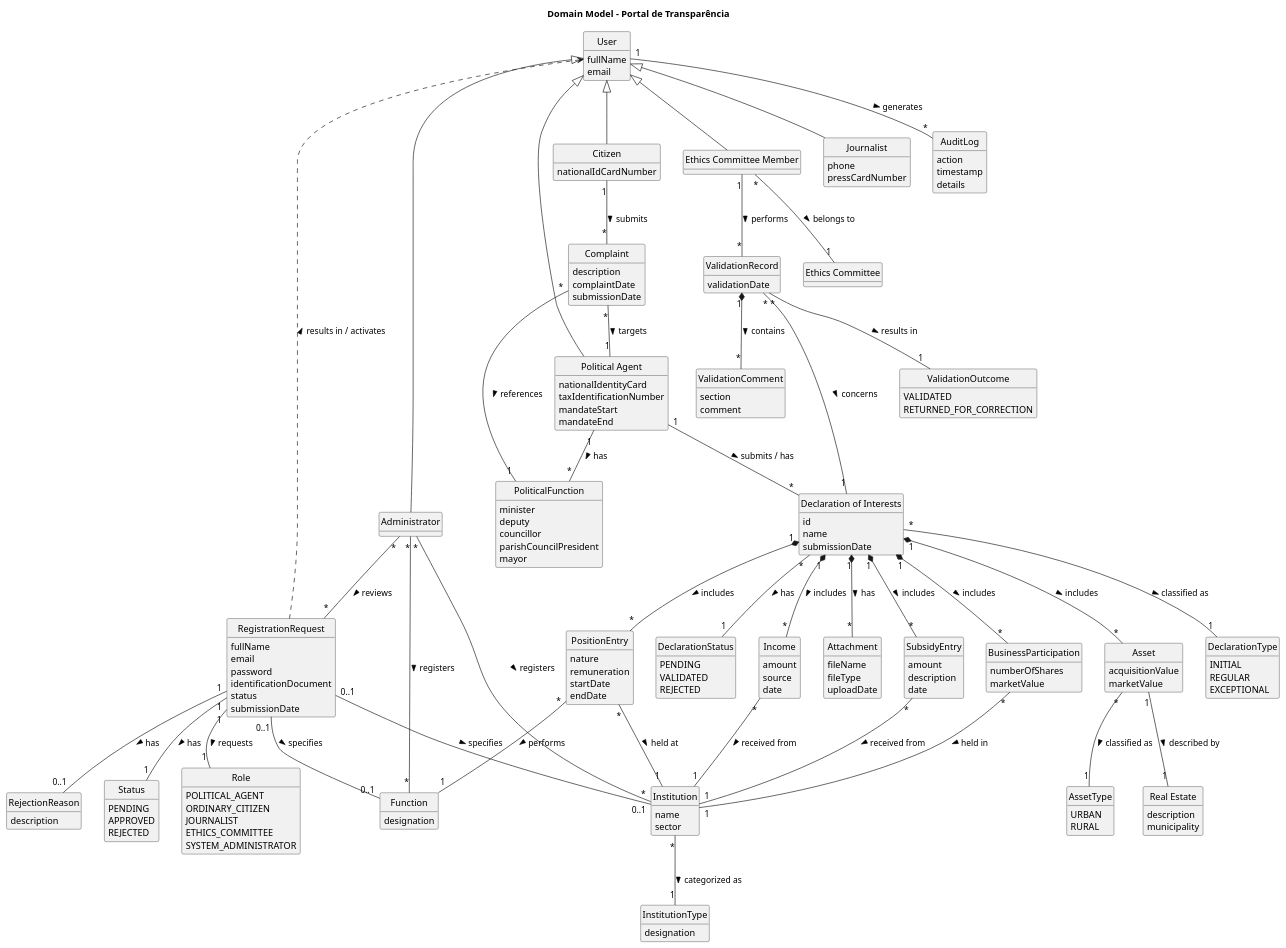
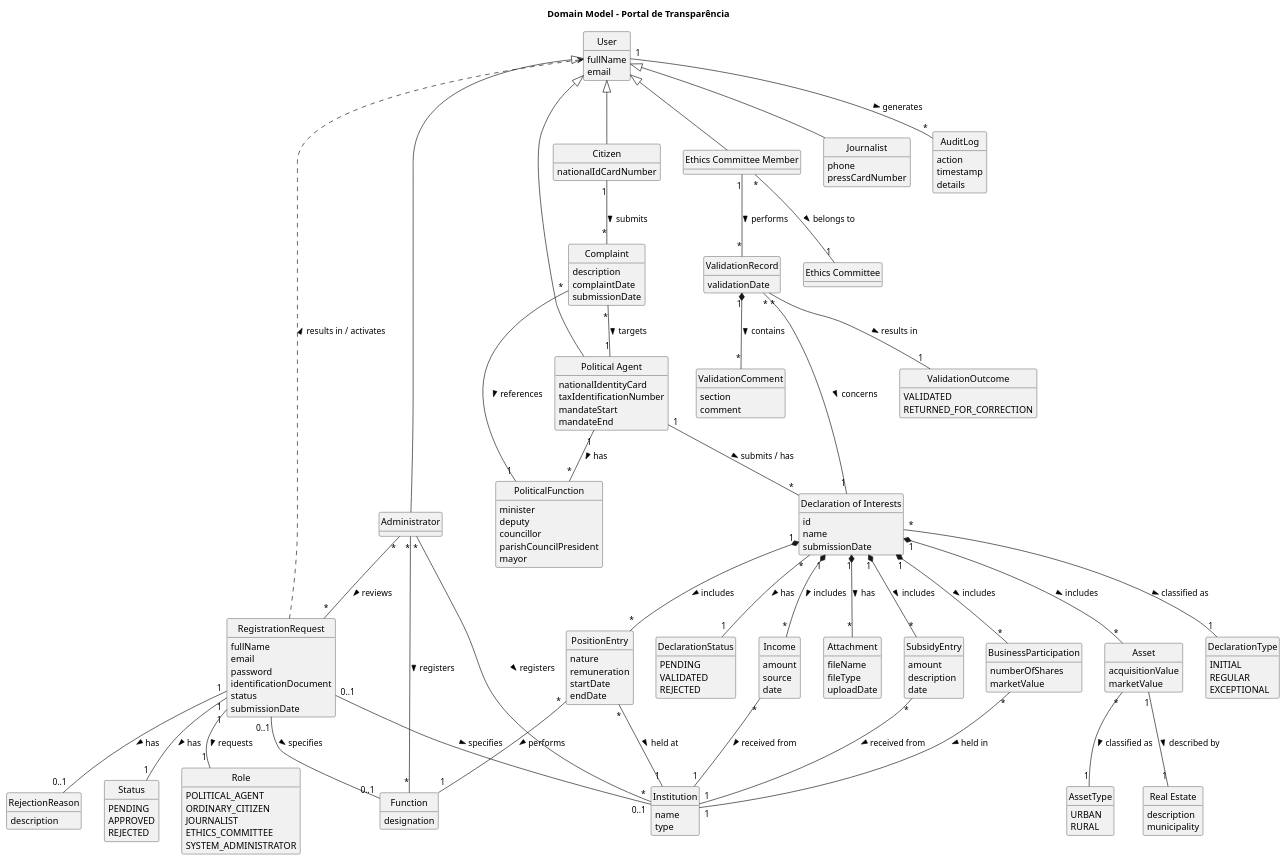
One commit to brunodspinto/crystal-clear-platform changed the diagram in docs/system-documentation/global-artifacts/02.analysis/puml/DM.puml. Above: the diagram before and after it, drawn with PlantUML. The commit also changed 4 other files, not shown here.

```diff
--- a/docs/system-documentation/global-artifacts/02.analysis/puml/DM.puml
+++ b/docs/system-documentation/global-artifacts/02.analysis/puml/DM.puml
@@ -80,11 +80,7 @@
 
 class Institution {
     name
-    sector
-}
-
-class InstitutionType {
-    designation
+    type
 }
 
 class "Declaration of Interests" as Declaration {
@@ -194,7 +190,6 @@
 
 Administrator "*" -- "*" Institution : registers >
 Administrator "*" -- "*" Function : registers >
-Institution "*" -- "1" InstitutionType : categorized as >
 
 PoliticalAgent "1" -- "*" PoliticalFunction : has >
 PoliticalAgent "1" -- "*" Declaration : submits / has >
```
